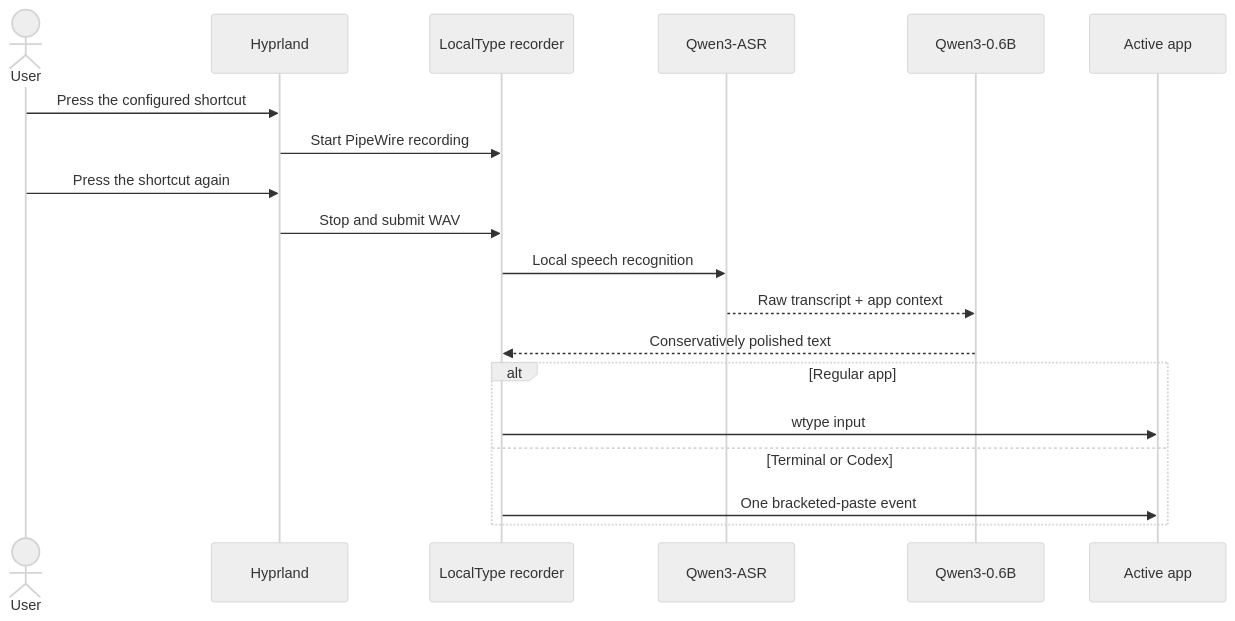
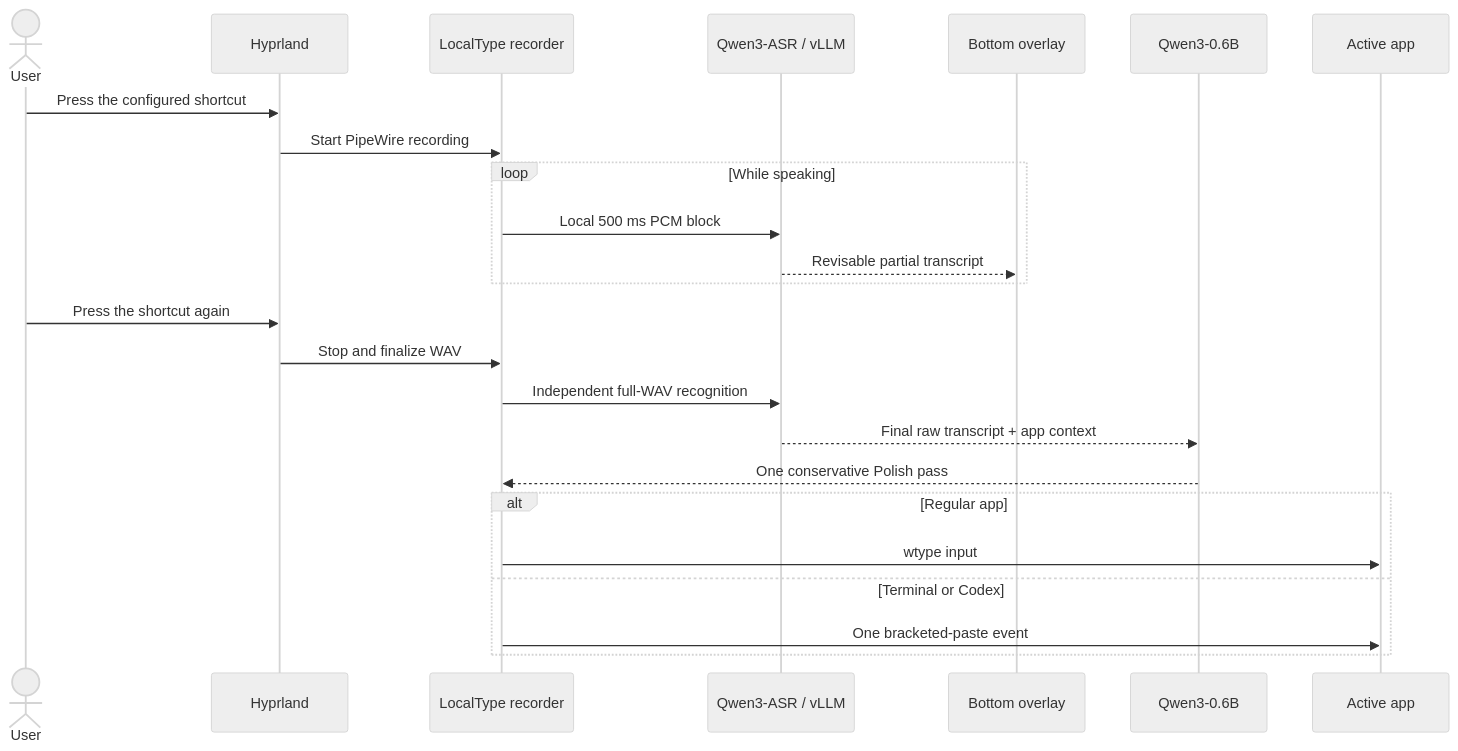
One commit to NuckyInSg/omarchy-localtype changed the diagram in README.md. Above: the diagram before and after it, drawn with Mermaid (neutral theme). The commit also changed other lines of this file and 14 other files, not shown here.

````diff
--- a/README.md
+++ b/README.md
@@ -115,22 +115,27 @@
 ```mermaid
 sequenceDiagram
     actor U as User
     participant H as Hyprland
     participant R as LocalType recorder
-    participant A as Qwen3-ASR
+    participant A as Qwen3-ASR / vLLM
+    participant O as Bottom overlay
     participant L as Qwen3-0.6B
     participant T as Active app
 
     U->>H: Press the configured shortcut
     H->>R: Start PipeWire recording
+    loop While speaking
+        R->>A: Local 500 ms PCM block
+        A-->>O: Revisable partial transcript
+    end
     U->>H: Press the shortcut again
-    H->>R: Stop and submit WAV
-    R->>A: Local speech recognition
-    A-->>L: Raw transcript + app context
-    L-->>R: Conservatively polished text
+    H->>R: Stop and finalize WAV
+    R->>A: Independent full-WAV recognition
+    A-->>L: Final raw transcript + app context
+    L-->>R: One conservative Polish pass
     alt Regular app
         R->>T: wtype input
     else Terminal or Codex
         R->>T: One bracketed-paste event
     end
 ```
````
